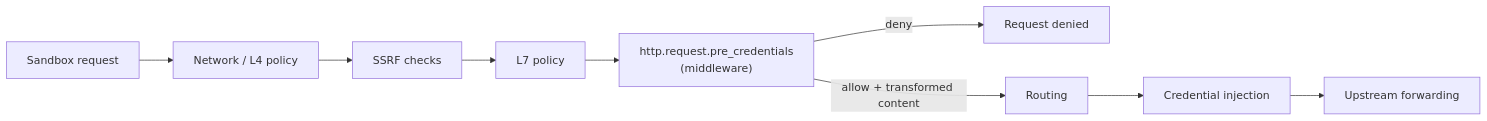
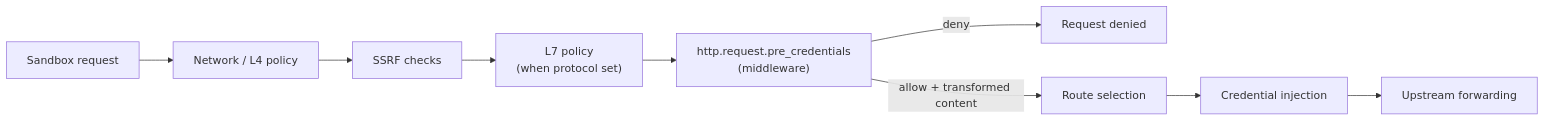
One commit to gracesmith6504/OpenShell changed the second of 2 diagrams in rfc/0005-sandbox-egress-middleware/README.md. Above: the diagram before and after it, drawn with Mermaid. The commit also changed other lines of this file and 1 other file, not shown here.

````diff
--- a/rfc/0005-sandbox-egress-middleware/README.md
+++ b/rfc/0005-sandbox-egress-middleware/README.md
@@ -98,11 +98,11 @@
 ```mermaid
 graph LR
     REQ["Sandbox request"] --> L4["Network / L4 policy"]
     L4 --> SSRF["SSRF checks"]
-    SSRF --> L7["L7 policy"]
+    SSRF --> L7["L7 policy<br/>(when protocol set)"]
     L7 --> HOOK["http.request.pre_credentials<br/>(middleware)"]
     HOOK -->|"deny"| DENY["Request denied"]
-    HOOK -->|"allow + transformed content"| ROUTE["Routing"]
+    HOOK -->|"allow + transformed content"| ROUTE["Route selection"]
     ROUTE --> CRED["Credential injection"]
     CRED --> UP["Upstream forwarding"]
 ```
````
